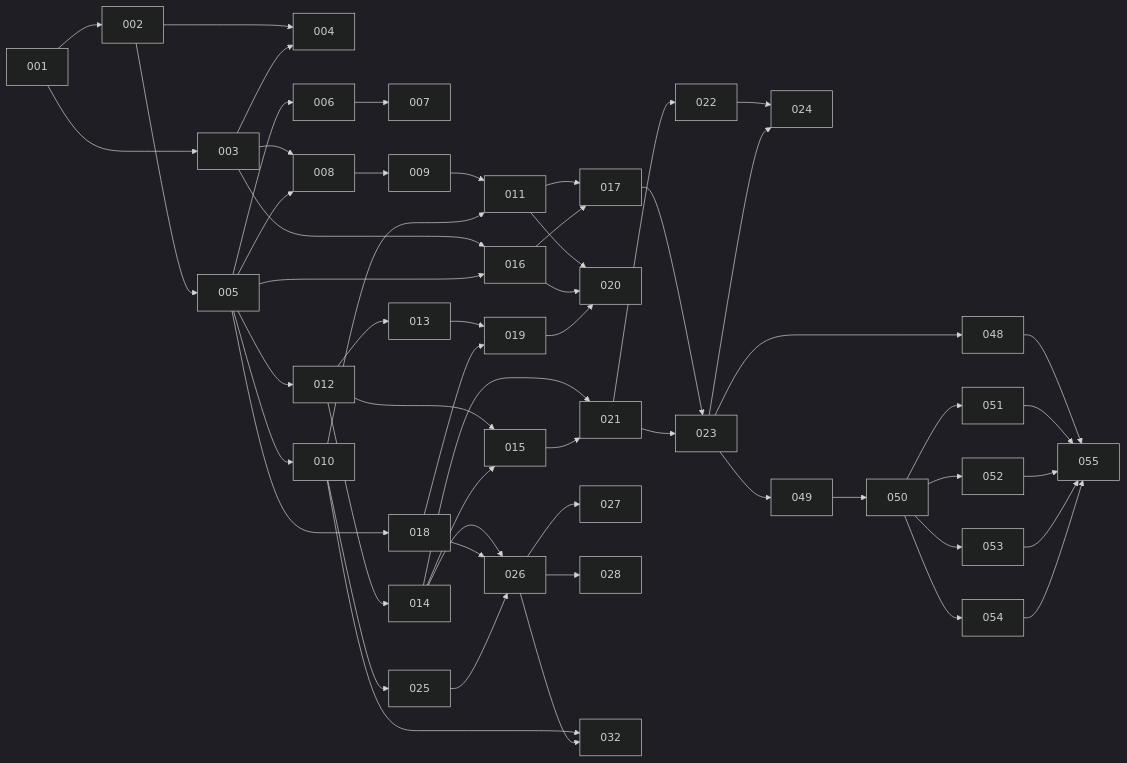
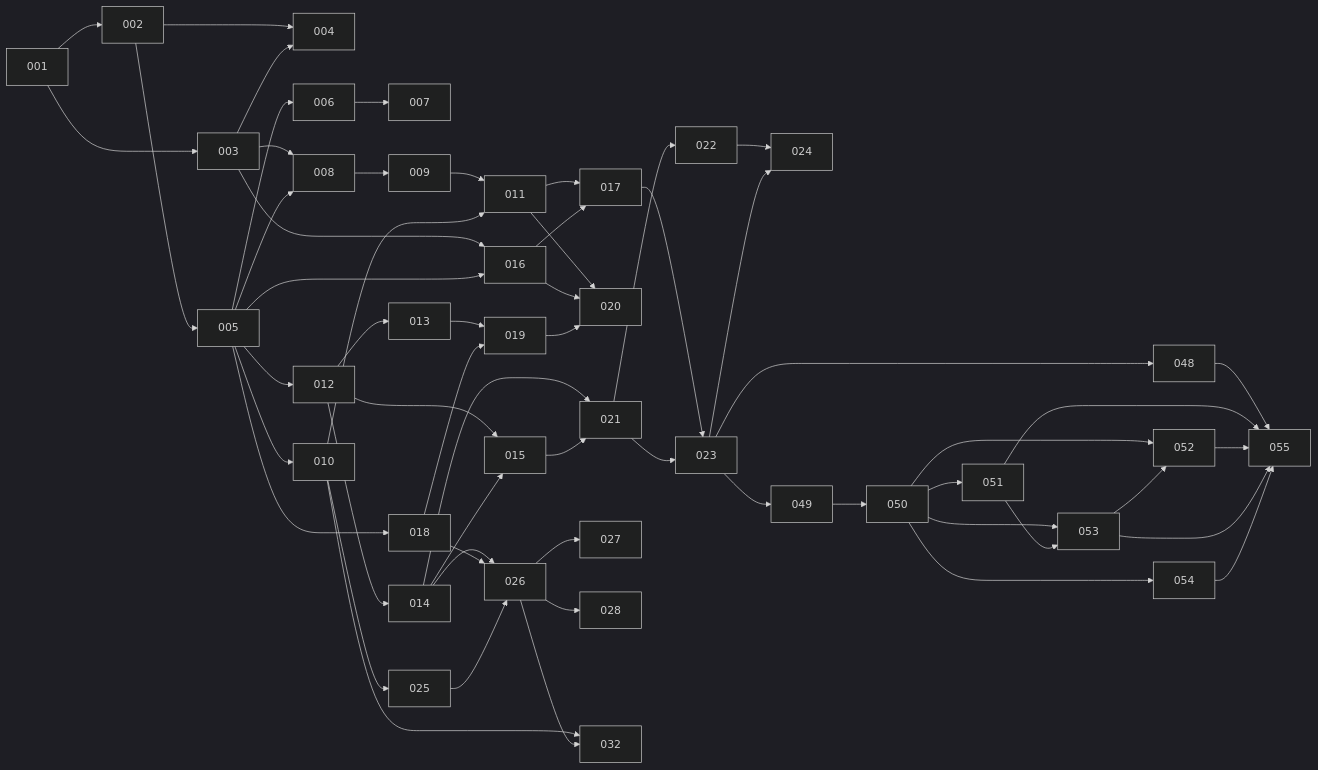
One commit to stevenpickles/straticate changed the diagram in ROADMAP.md. Above: the diagram before and after it, drawn with Mermaid (dark theme). The commit also changed other lines of this file, not shown here.

````diff
--- a/ROADMAP.md
+++ b/ROADMAP.md
@@ -315,29 +334,31 @@
 ```mermaid
 graph LR
   001 --> 002 & 003
   002 & 003 --> 004
   002 --> 005
   005 --> 006 --> 007
   003 & 005 --> 008 --> 009
   005 --> 010
   009 & 010 --> 011
   005 --> 012 --> 013
   012 --> 014
   012 & 014 --> 015
   003 & 005 --> 016
   011 & 016 --> 017
   005 --> 018
   013 & 018 --> 019
   011 & 016 & 019 --> 020
   014 & 015 --> 021 --> 022
   017 & 021 --> 023
   022 & 023 --> 024
   010 --> 025
   014 & 018 & 025 --> 026
   026 --> 027 & 028
   010 & 026 --> 032
   023 --> 048 & 049
   049 --> 050
   050 --> 051 & 052 & 053 & 054
+  051 --> 053
+  053 --> 052
   048 & 051 & 052 & 053 & 054 --> 055
 ```
````
